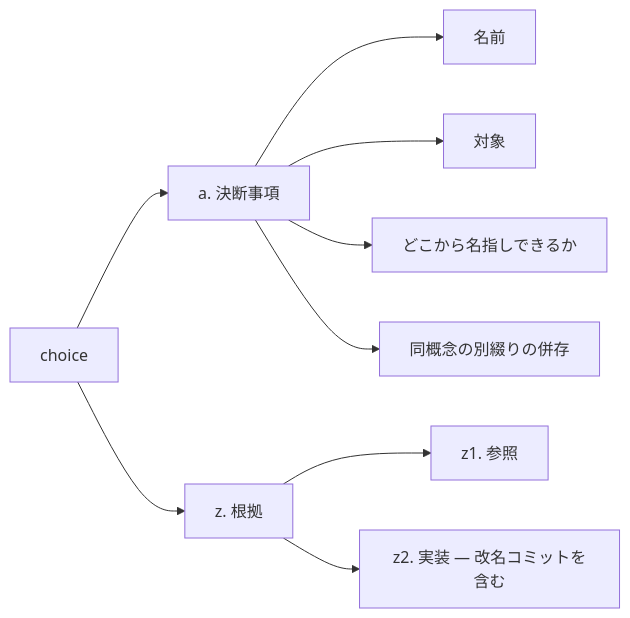
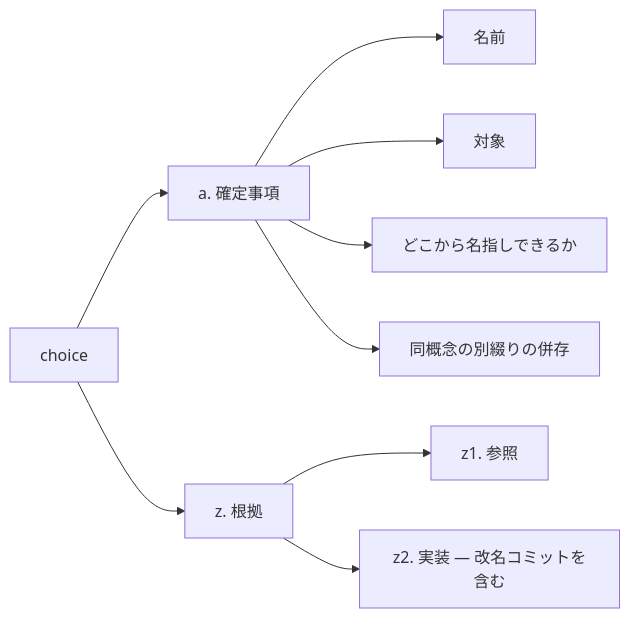
One commit to gameundwatch/codifier changed the second of 3 diagrams in docs/archivist/L3_structures/collection-definition.md. Above: the diagram before and after it, drawn with Mermaid. The commit also changed other lines of this file and 77 other files, not shown here.

````diff
--- a/docs/archivist/L3_structures/collection-definition.md
+++ b/docs/archivist/L3_structures/collection-definition.md
@@ -29,11 +29,11 @@
 ```mermaid
 flowchart LR
-    C[choice] --> A["a. 決断事項"]
+    C[choice] --> A["a. 確定事項"]
     A --> N[名前]
     A --> T[対象]
     A --> S[どこから名指しできるか]
     A --> V[同概念の別綴りの併存]
     C --> Z["z. 根拠"]
     Z --> R["z1. 参照"]
     Z --> I["z2. 実装 — 改名コミットを含む"]
 ```
````
